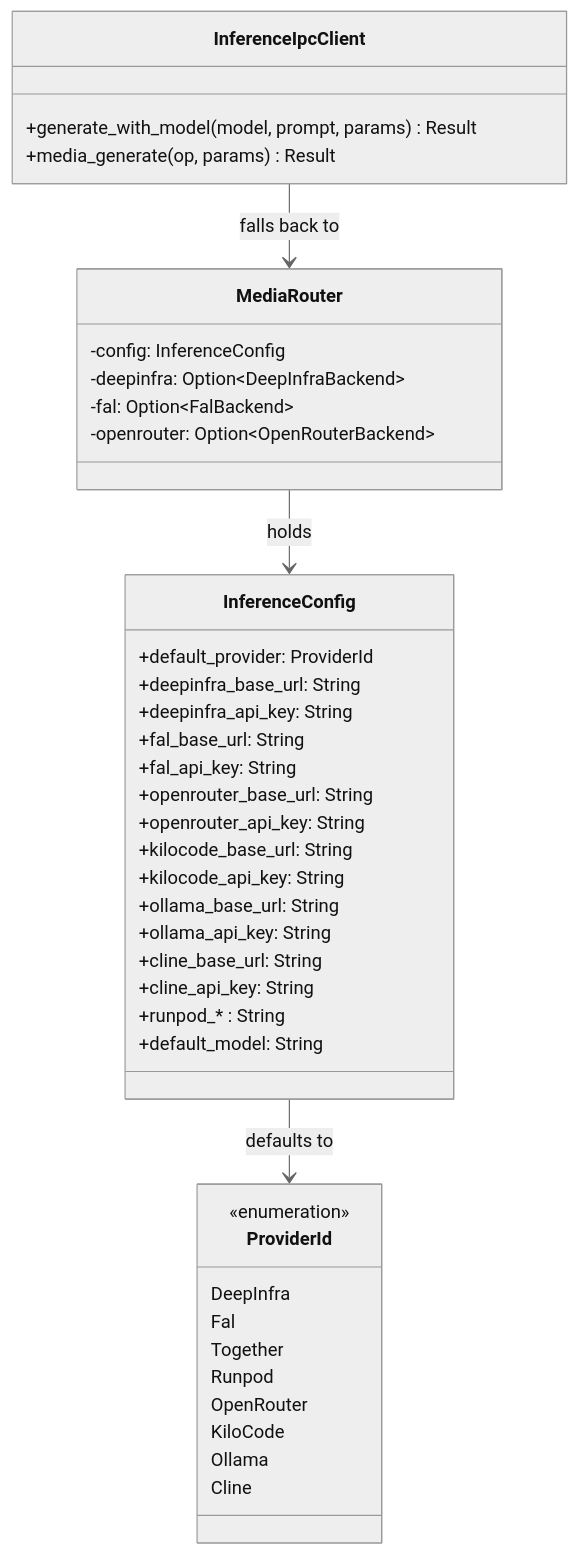
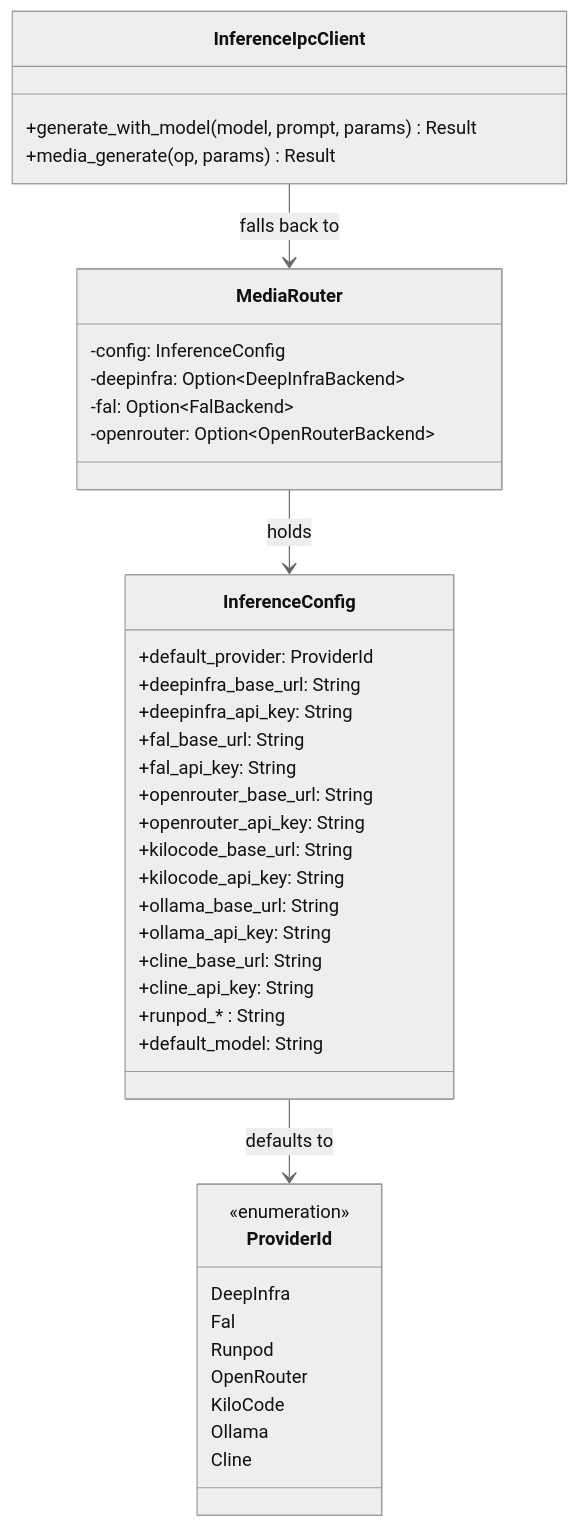
The diagram in kask/docs/diataxis/hkask-inference/reference.md (mdz-axo/zed-kask), drawn with Mermaid (neutral theme) before and after one commit. The commit also changed other lines of this file and 9 other files, not shown here.

````diff
--- a/kask/docs/diataxis/hkask-inference/reference.md
+++ b/kask/docs/diataxis/hkask-inference/reference.md
@@ -49,45 +50,44 @@
 ```mermaid
 classDiagram
     class ProviderId {
         <<enumeration>>
         DeepInfra
         Fal
-        Together
         Runpod
         OpenRouter
         KiloCode
         Ollama
         Cline
     }
     class InferenceConfig {
         +default_provider: ProviderId
         +deepinfra_base_url: String
         +deepinfra_api_key: String
         +fal_base_url: String
         +fal_api_key: String
         +openrouter_base_url: String
         +openrouter_api_key: String
         +kilocode_base_url: String
         +kilocode_api_key: String
         +ollama_base_url: String
         +ollama_api_key: String
         +cline_base_url: String
         +cline_api_key: String
         +runpod_* : String
         +default_model: String
     }
     class MediaRouter {
         -config: InferenceConfig
         -deepinfra: Option~DeepInfraBackend~
         -fal: Option~FalBackend~
         -openrouter: Option~OpenRouterBackend~
     }
     class InferenceIpcClient {
         +generate_with_model(model, prompt, params) Result
         +media_generate(op, params) Result
     }
 
     MediaRouter --> InferenceConfig : holds
     InferenceIpcClient --> MediaRouter : falls back to
     InferenceConfig --> ProviderId : defaults to
 ```
````
